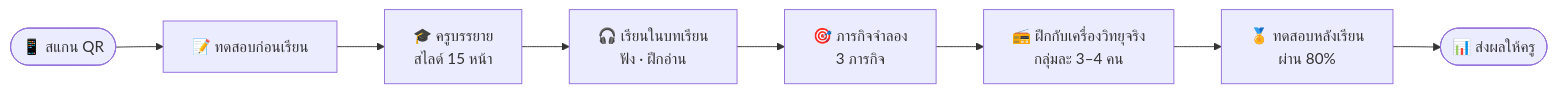
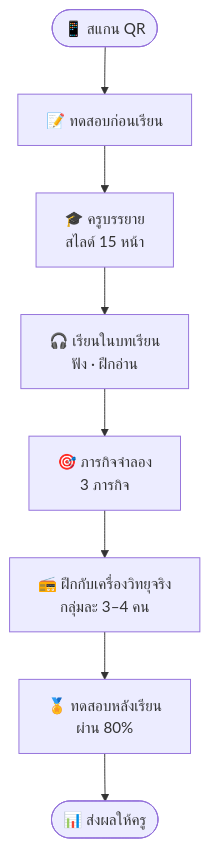
One commit to kaijiewpoo/radio-lesson changed the diagram in README.md. Above: the diagram before and after it, drawn with Mermaid.

Commit message:
README: vertical flowchart for readability
Claude-Session: https://claude.ai/code/session_01GNTTgRaQ1JLpxTAjw3CRZy

````diff
--- a/README.md
+++ b/README.md
@@ -37,10 +37,10 @@
 ```mermaid
-flowchart LR
+flowchart TD
     A([📱 สแกน QR]) --> B[📝 ทดสอบก่อนเรียน]
     B --> C[🎓 ครูบรรยาย<br/>สไลด์ 15 หน้า]
     C --> D[🎧 เรียนในบทเรียน<br/>ฟัง · ฝึกอ่าน]
     D --> E[🎯 ภารกิจจำลอง<br/>3 ภารกิจ]
     E --> F[📻 ฝึกกับเครื่องวิทยุจริง<br/>กลุ่มละ 3–4 คน]
     F --> G[🏅 ทดสอบหลังเรียน<br/>ผ่าน 80%]
     G --> H([📊 ส่งผลให้ครู])
 ```
````
